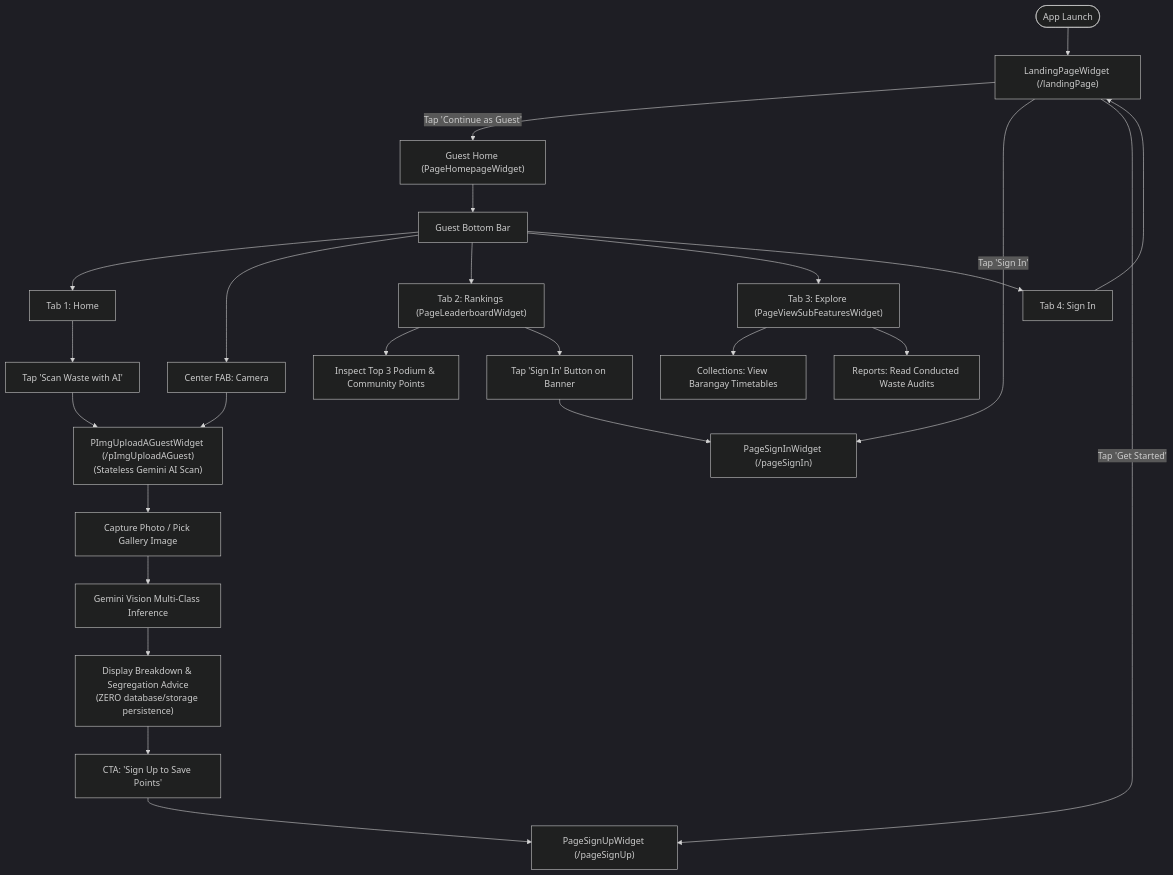
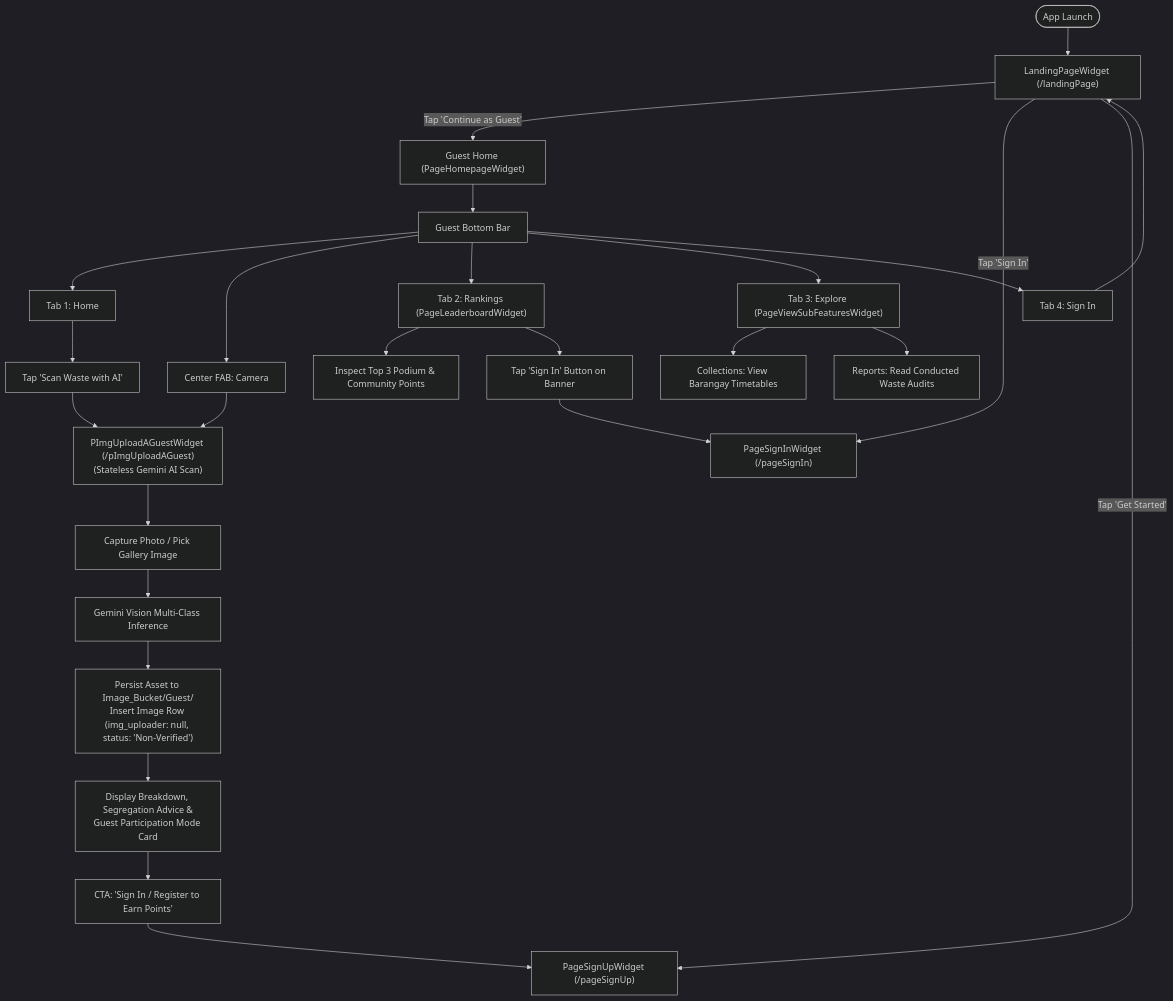
Before and after one commit to Oeubx/EBasura: the diagram in docs/access_control/guest_access.md, drawn with Mermaid (dark theme). The commit also changed other lines of this file and 18 other files, not shown here.

First line of the commit message:
docs(core): synchronized access control and modular specs with research evaluation schema [EBASURA-M0-F0]

````diff
--- a/docs/access_control/guest_access.md
+++ b/docs/access_control/guest_access.md
@@ -93,35 +99,36 @@
 ```mermaid
 flowchart TD
     Launch(["App Launch"]) --> Landing["LandingPageWidget (/landingPage)"]
     
     Landing -->|"Tap 'Continue as Guest'"| Home["Guest Home (PageHomepageWidget)"]
     Landing -->|"Tap 'Sign In'"| SignIn["PageSignInWidget (/pageSignIn)"]
     Landing -->|"Tap 'Get Started'"| SignUp["PageSignUpWidget (/pageSignUp)"]
 
     Home --> GuestBar["Guest Bottom Bar"]
     
     GuestBar --> Tab1["Tab 1: Home"]
     Tab1 --> HeroScan["Tap 'Scan Waste with AI'"]
     HeroScan --> GuestScanScreen["PImgUploadAGuestWidget (/pImgUploadAGuest)<br/>(Stateless Gemini AI Scan)"]
 
     GuestBar --> CenterFAB["Center FAB: Camera"]
     CenterFAB --> GuestScanScreen
     
     GuestScanScreen --> Shutter["Capture Photo / Pick Gallery Image"]
     Shutter --> AIInference["Gemini Vision Multi-Class Inference"]
-    AIInference --> ViewResult["Display Breakdown & Segregation Advice<br/>(ZERO database/storage persistence)"]
-    ViewResult --> RegisterPrompt["CTA: 'Sign Up to Save Points'"]
+    AIInference --> CloudPersist["Persist Asset to Image_Bucket/Guest/<br/>Insert Image Row (img_uploader: null, status: 'Non-Verified')"]
+    CloudPersist --> ViewResult["Display Breakdown, Segregation Advice &<br/>Guest Participation Mode Card"]
+    ViewResult --> RegisterPrompt["CTA: 'Sign In / Register to Earn Points'"]
     RegisterPrompt --> SignUp
 
     GuestBar --> Tab2["Tab 2: Rankings (PageLeaderboardWidget)"]
     Tab2 --> ViewPodium["Inspect Top 3 Podium & Community Points"]
     Tab2 --> BottomCTA["Tap 'Sign In' Button on Banner"]
     BottomCTA --> SignIn
 
     GuestBar --> Tab3["Tab 3: Explore (PageViewSubFeaturesWidget)"]
     Tab3 --> SubTab1["Collections: View Barangay Timetables"]
     Tab3 --> SubTab2["Reports: Read Conducted Waste Audits"]
 
     GuestBar --> Tab4["Tab 4: Sign In"]
     Tab4 --> Landing
 ```
````
